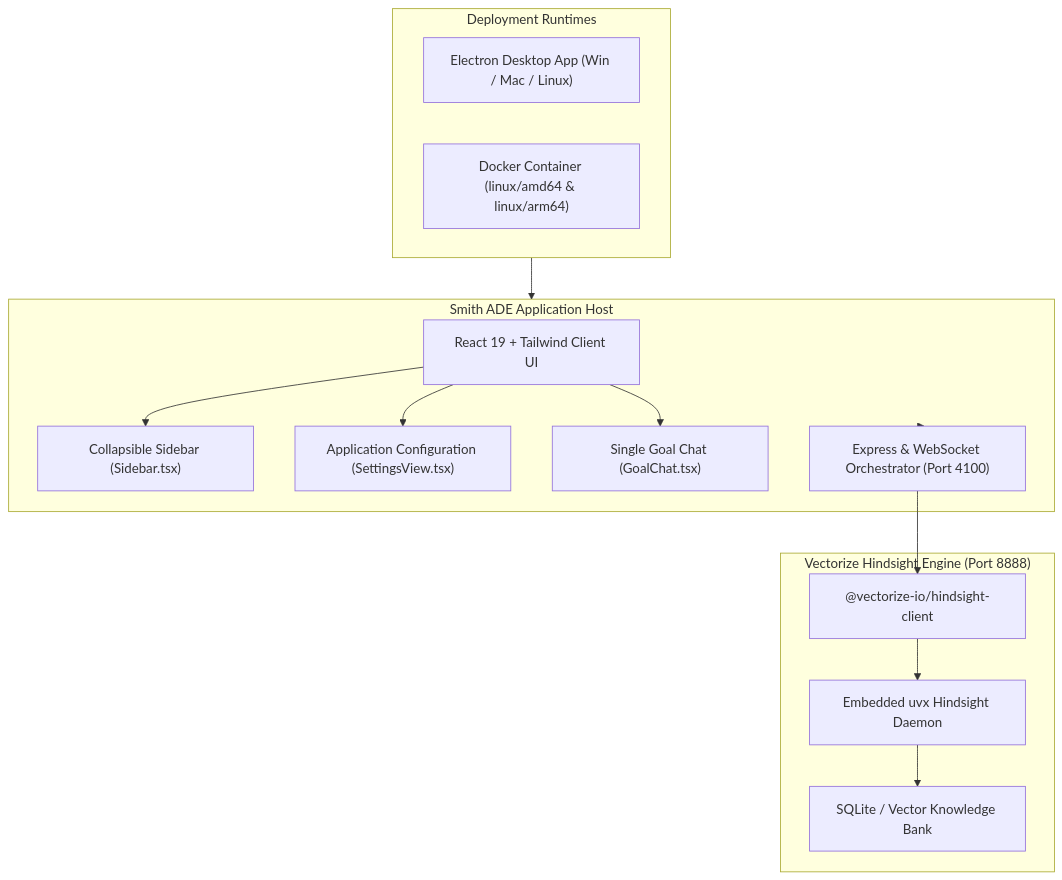
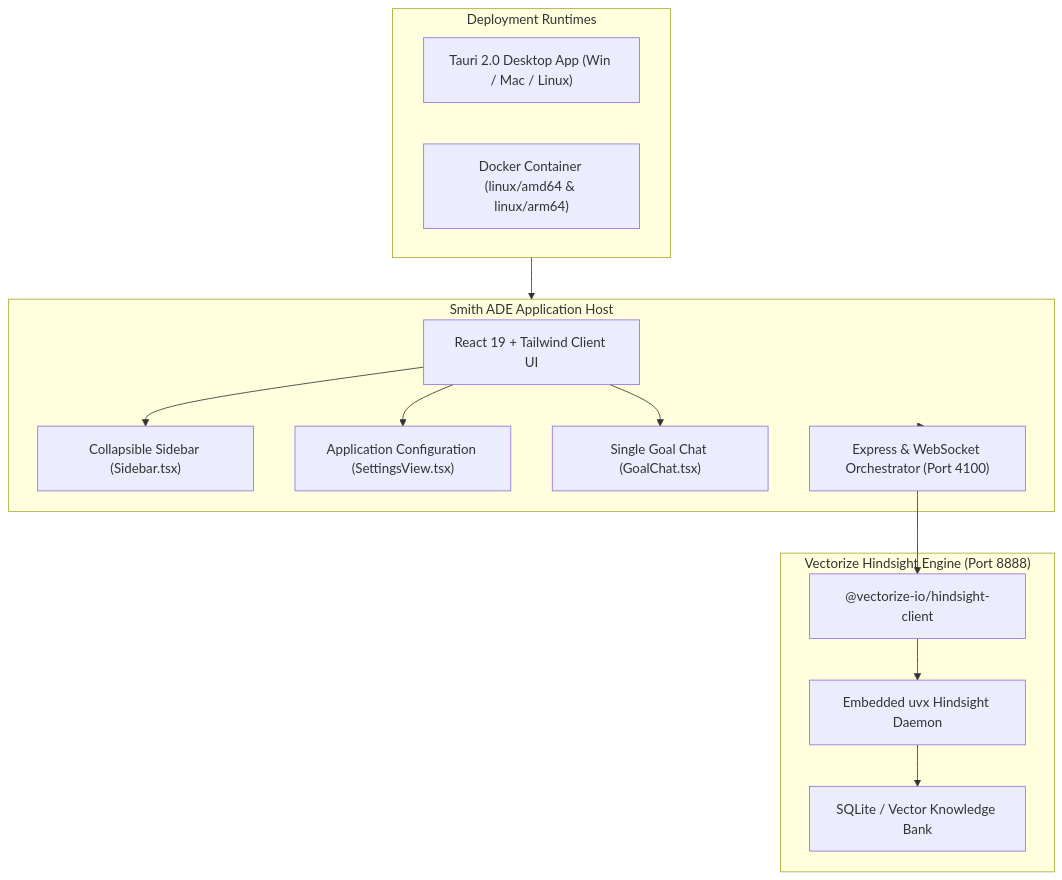
The diagram in README.md (jeeyo/smith), drawn with Mermaid before and after one commit. The commit also changed other lines of this file and 75 other files, not shown here.

Commit message:
feat: migrate desktop shell from Electron to Tauri 2.0 and update CI/Release workflows

````diff
--- a/README.md
+++ b/README.md
@@ -121,30 +118,30 @@
 ```mermaid
 flowchart TD
     subgraph HostOptions ["Deployment Runtimes"]
-        Electron["Electron Desktop App (Win / Mac / Linux)"]
+        Tauri["Tauri 2.0 Desktop App (Win / Mac / Linux)"]
         Docker["Docker Container (linux/amd64 & linux/arm64)"]
     end
 
     subgraph AppHost ["Smith ADE Application Host"]
         Renderer["React 19 + Tailwind Client UI"]
         Sidebar["Collapsible Sidebar (Sidebar.tsx)"]
         SettingsView["Application Configuration (SettingsView.tsx)"]
         GoalChat["Single Goal Chat (GoalChat.tsx)"]
         Server["Express & WebSocket Orchestrator (Port 4100)"]
     end
 
     subgraph Hindsight ["Vectorize Hindsight Engine (Port 8888)"]
         HSDaemon["Embedded uvx Hindsight Daemon"]
         HSClient["@vectorize-io/hindsight-client"]
         MemoryBank["SQLite / Vector Knowledge Bank"]
     end
 
     HostOptions --> AppHost
     Renderer --> Sidebar
     Renderer --> SettingsView
     Renderer --> GoalChat
     AppHost --> Server
     Server --> HSClient
     HSClient --> HSDaemon
     HSDaemon --> MemoryBank
 ```
````
